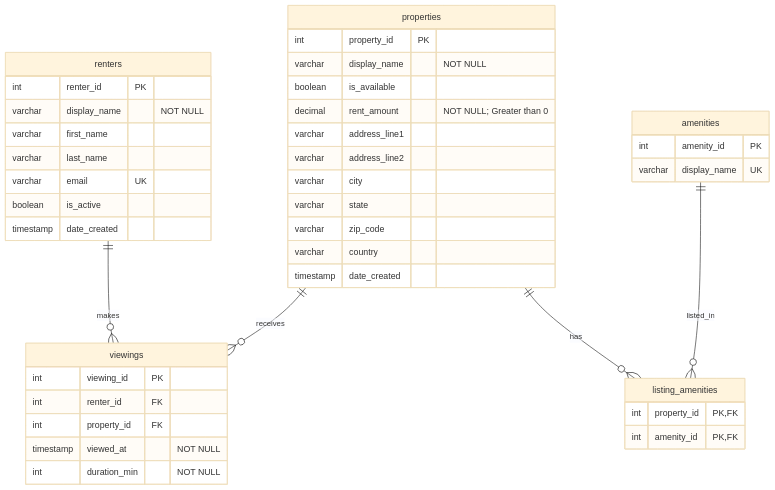
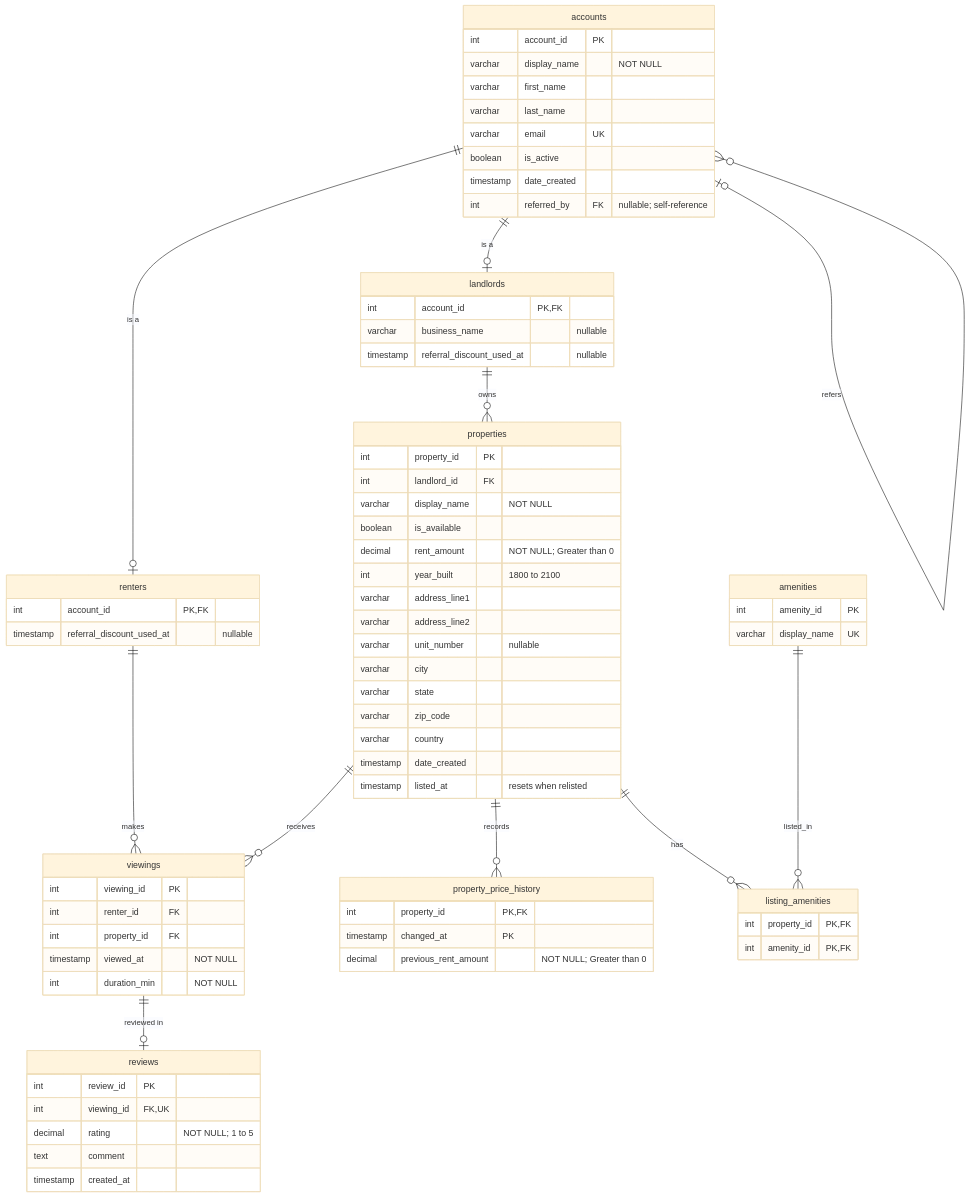
Before and after one commit to mbou-git/ex603-rental-marketplace-database: the diagram in schema/erd.mmd, drawn with Mermaid (base theme). The commit also changed 2 other files, not shown here.

Commit message:
update ERD and schema-definition for Unit 2

```diff
--- a/schema/erd.mmd
+++ b/schema/erd.mmd
@@ -1,47 +1,83 @@
 erDiagram
-    renters{
-        int renter_id PK
+    accounts{
+        int account_id PK
         varchar display_name "NOT NULL"
         varchar first_name
         varchar last_name
         varchar email UK
         boolean is_active
         timestamp date_created
+        int referred_by FK "nullable; self-reference"
+    }
+
+    renters{
+        int account_id PK, FK
+        timestamp referral_discount_used_at "nullable"
+    }
+
+    landlords{
+        int account_id PK, FK
+        varchar business_name "nullable"
+        timestamp referral_discount_used_at "nullable"
     }
 
     properties{
         int property_id PK
+        int landlord_id FK
         varchar display_name "NOT NULL"
         boolean is_available
         decimal rent_amount "NOT NULL; Greater than 0"
+        int year_built "1800 to 2100"
         varchar address_line1
         varchar address_line2
+        varchar unit_number "nullable"
         varchar city
         varchar state
         varchar zip_code
         varchar country
         timestamp date_created
+        timestamp listed_at "resets when relisted"
     }
 
     viewings{
         int viewing_id PK
         int renter_id FK
         int property_id FK
         timestamp viewed_at "NOT NULL"
         int duration_min "NOT NULL"
+    }
+
+    property_price_history{
+        int property_id PK, FK
+        timestamp changed_at PK
+        decimal previous_rent_amount "NOT NULL; Greater than 0"
     }
 
     amenities{
         int amenity_id PK
         varchar display_name UK
     }
 
     listing_amenities{
         int property_id PK, FK
         int amenity_id PK, FK
     }
-    
+
+    reviews{
+        int review_id PK
+        int viewing_id FK, UK
+        decimal rating "NOT NULL; 1 to 5"
+        text comment
+        timestamp created_at
+    }
+
+    accounts ||--o| renters : "is a"
+    accounts ||--o| landlords : "is a"
+    accounts |o--o{ accounts : refers
+    landlords ||--o{ properties : owns
+    properties ||--o{ property_price_history : records
     renters ||--o{ viewings : makes
     properties ||--o{ viewings : receives
     properties ||--o{ listing_amenities : has
     amenities ||--o{ listing_amenities : listed_in
+    viewings ||--o| reviews : "reviewed in"
```
